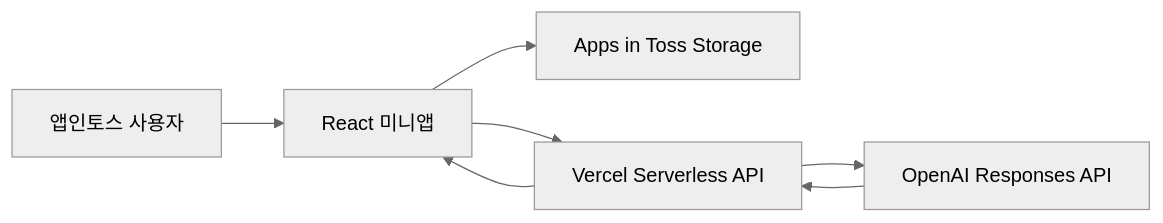
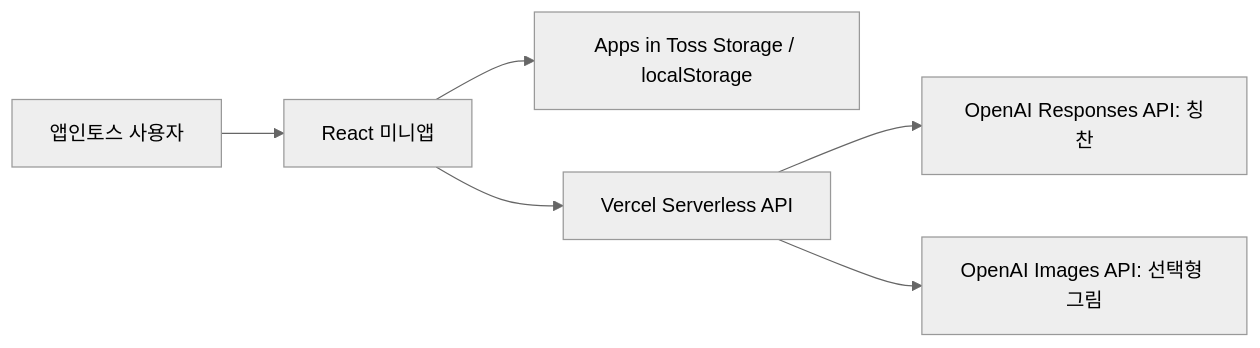
One commit to yoon778/giteukhae changed the diagram in README.md. Above: the diagram before and after it, drawn with Mermaid (neutral theme). The commit also changed other lines of this file, not shown here.

````diff
--- a/README.md
+++ b/README.md
@@ -62,9 +69,8 @@
 ```mermaid
 flowchart LR
   U[앱인토스 사용자] --> A[React 미니앱]
-  A --> S[Apps in Toss Storage]
+  A --> S[Apps in Toss Storage / localStorage]
   A --> V[Vercel Serverless API]
-  V --> O[OpenAI Responses API]
-  O --> V
-  V --> A
+  V --> P[OpenAI Responses API: 칭찬]
+  V --> D[OpenAI Images API: 선택형 그림]
 ```
````
